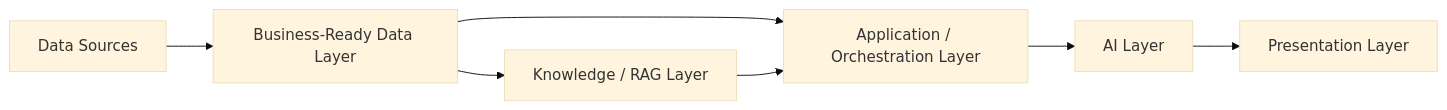
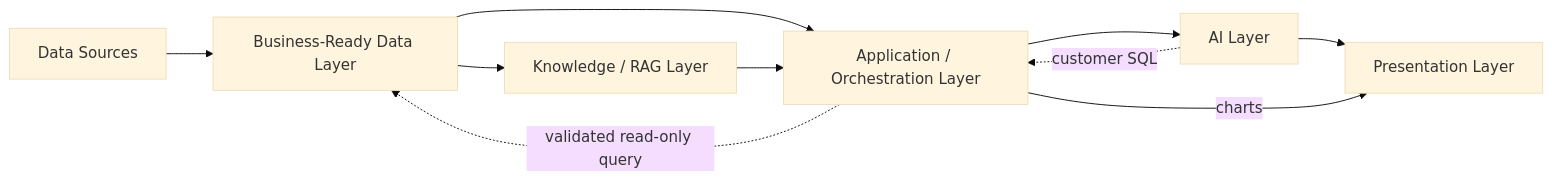
Before and after one commit to drekicks/marketing_analytics: the first of 2 diagrams in README.md, drawn with Mermaid (base theme). The commit also changed other lines of this file, not shown here.

First line of the commit message:
Update README architecture diagram and layer lists

````diff
--- a/README.md
+++ b/README.md
@@ -40,15 +40,18 @@
 ```mermaid
 flowchart LR
     A[Data Sources]
     B[Business-Ready Data Layer]
     C[Knowledge / RAG Layer]
     D[Application / Orchestration Layer]
     E[AI Layer]
     F[Presentation Layer]
     A --> B
     B --> C
     B --> D
     C --> D
     D --> E
     E --> F
+    E -.->|customer SQL| D
+    D -.->|validated read-only query| B
+    D -->|charts| F
 ```
````
